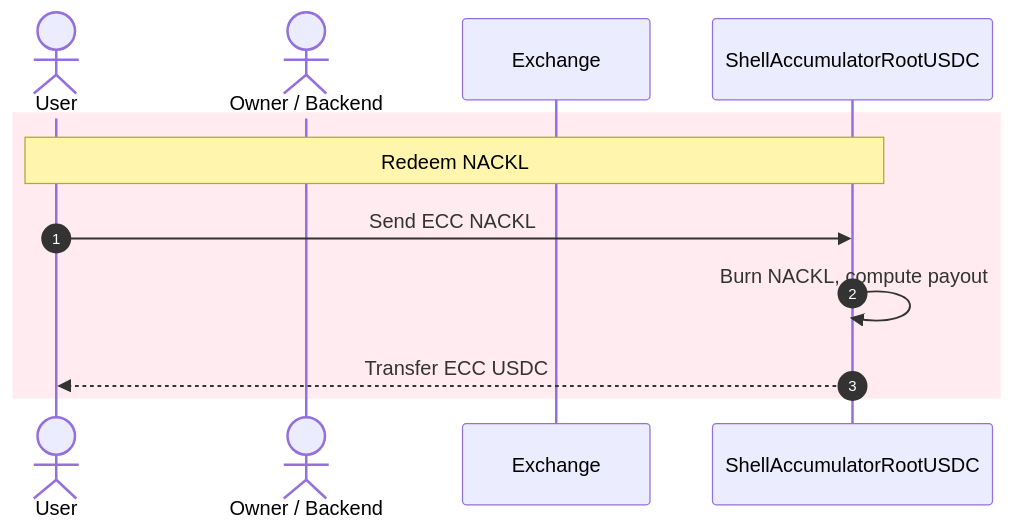
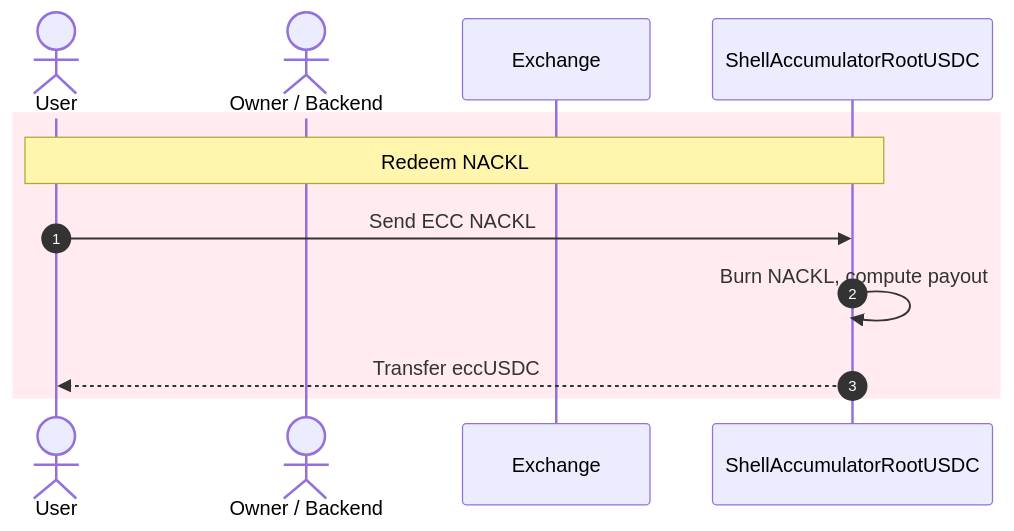
Before and after one commit to tvmlabs/tvm-sdk: the fifth of 5 diagrams in docs/accumulator-contract-system/sell-buy-burn-flows.md, drawn with Mermaid. The commit also changed other lines of this file and 4 other files, not shown here.

Commit message:
GITBOOK-87: rename USDC -> eccUSDC

````diff
--- a/docs/accumulator-contract-system/sell-buy-burn-flows.md
+++ b/docs/accumulator-contract-system/sell-buy-burn-flows.md
@@ -233,15 +233,15 @@
 ```mermaid
 sequenceDiagram
     autonumber
     actor User
     actor Owner as Owner / Backend
     participant Exchange
     participant Accumulator as ShellAccumulatorRootUSDC
     
     rect rgb(255, 235, 240)
         Note over User,Accumulator: Redeem NACKL
         User->>Accumulator: Send ECC NACKL
         Accumulator->>Accumulator: Burn NACKL, compute payout
-        Accumulator-->>User: Transfer ECC USDC
+        Accumulator-->>User: Transfer eccUSDC
     end
 ```
````
